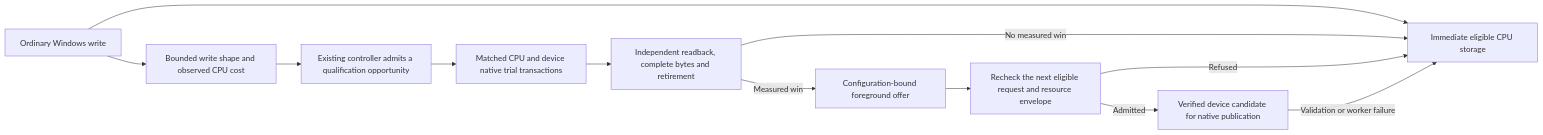
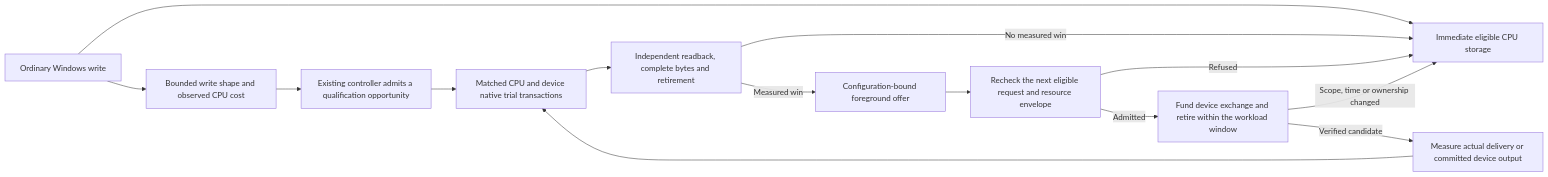
Before and after one commit to strmt7/FlitzFS: the fifth of 5 diagrams in docs/architecture/TARGET.md, drawn with Mermaid. The commit also changed other lines of this file and 9 other files, not shown here.

First line of the commit message:
Reconcile FlitzFS architecture and prioritize release work

````diff
--- a/docs/architecture/TARGET.md
+++ b/docs/architecture/TARGET.md
@@ -281,14 +288,16 @@
 ```mermaid
 flowchart LR
     Write["Ordinary Windows write"] --> Cpu["Immediate eligible CPU storage"]
     Write --> Demand["Bounded write shape and observed CPU cost"]
     Demand --> Owner["Existing controller admits a qualification opportunity"]
     Owner --> Trials["Matched CPU and device native trial transactions"]
     Trials --> Verify["Independent readback, complete bytes and retirement"]
     Verify -->|Measured win| Offer["Configuration-bound foreground offer"]
     Verify -->|No measured win| Cpu
     Offer --> Later["Recheck the next eligible request and resource envelope"]
-    Later -->|Admitted| Candidate["Verified device candidate for native publication"]
+    Later -->|Admitted| Candidate["Fund device exchange and retire within the workload window"]
     Later -->|Refused| Cpu
-    Candidate -->|Validation or worker failure| Cpu
+    Candidate -->|Scope, time or ownership changed| Cpu
+    Candidate -->|Verified candidate| Used["Measure actual delivery or committed device output"]
+    Used --> Trials
 ```
````
